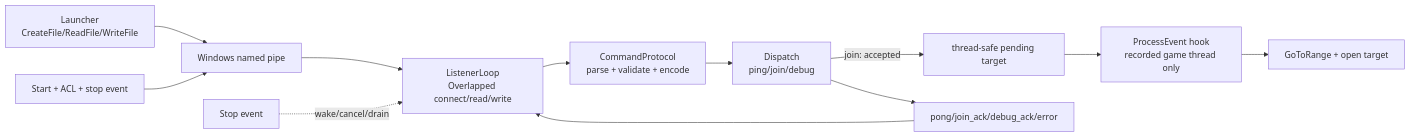
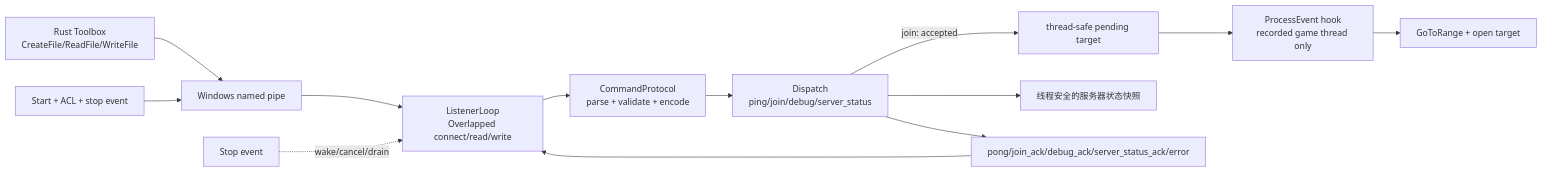
Before and after one commit to Dubnium-105/ProjectRebound: the diagram in docs/architecture/command-framework-code-analysis.zh-CN.md, drawn with Mermaid. The commit also changed other lines of this file and 260 other files, not shown here.

Commit message:
Add toolbox server status command

````diff
--- a/docs/architecture/command-framework-code-analysis.zh-CN.md
+++ b/docs/architecture/command-framework-code-analysis.zh-CN.md
@@ -28,14 +28,15 @@
 ```mermaid
 flowchart LR
-    L["Launcher\nCreateFile/ReadFile/WriteFile"] --> K["Windows named pipe"]
+    L["Rust Toolbox\nCreateFile/ReadFile/WriteFile"] --> K["Windows named pipe"]
     S["Start + ACL + stop event"] --> K
     K --> IO["ListenerLoop\nOverlapped connect/read/write"]
     IO --> P["CommandProtocol\nparse + validate + encode"]
-    P --> D["Dispatch\nping/join/debug"]
+    P --> D["Dispatch\nping/join/debug/server_status"]
     D -->|"join: accepted"| Q["thread-safe pending target"]
     Q --> H["ProcessEvent hook\nrecorded game thread only"]
     H --> U["GoToRange + open target"]
-    D --> R["pong/join_ack/debug_ack/error"]
+    D --> SS["线程安全的服务器状态快照"]
+    D --> R["pong/join_ack/debug_ack/server_status_ack/error"]
     R --> IO
     E["Stop event"] -. "wake/cancel/drain" .-> IO
 ```
````
